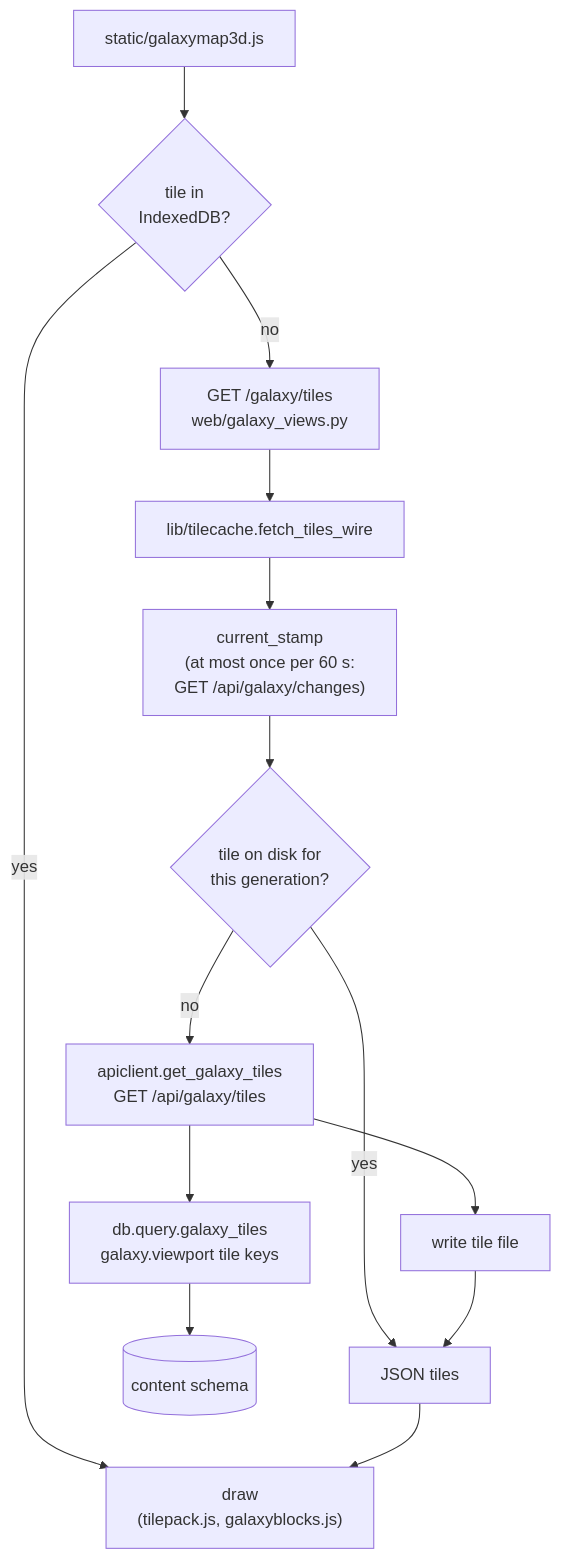
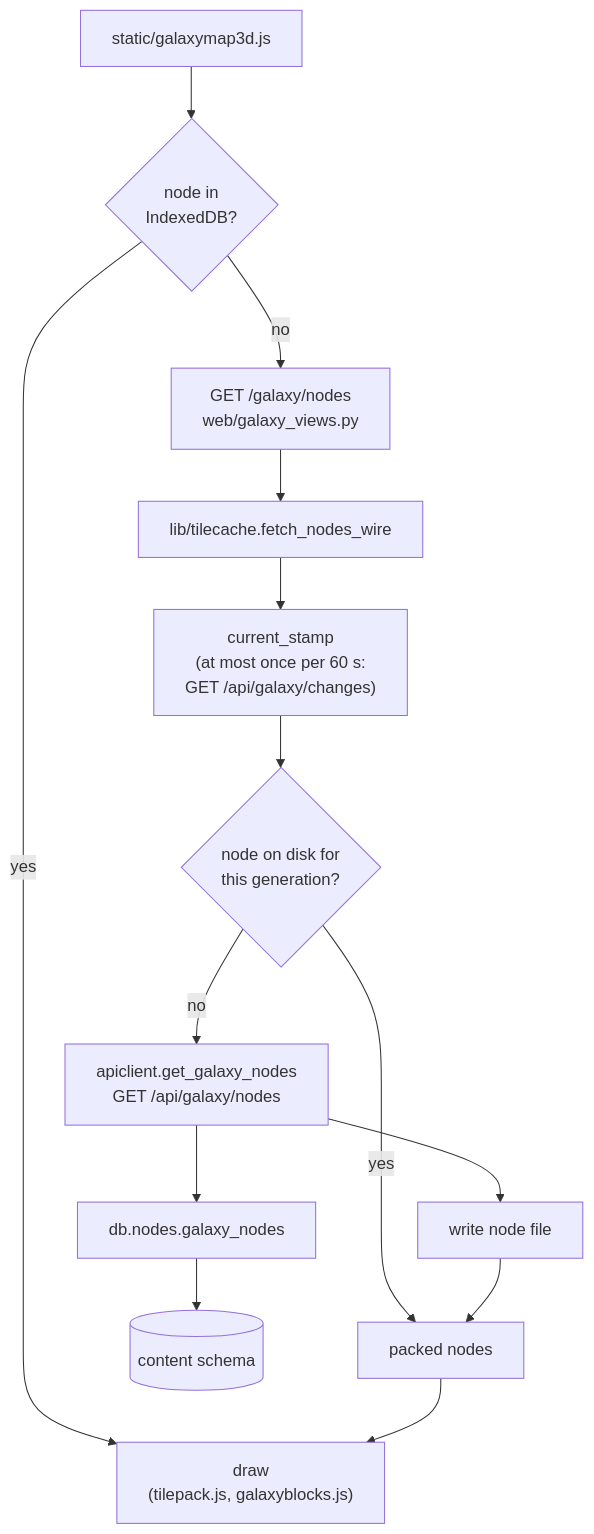
The sixth of 8 diagrams in docs/design/architecture/architecture.md (dwhagar/planetGen), drawn with Mermaid before and after one commit. The commit also changed other lines of this file and 112 other files, not shown here.

First line of the commit message:
MAP.261, MAP.262: the map draws sector-block nodes by projected size and the cube tiles are retired (API version 8)

````diff
--- a/docs/design/architecture/architecture.md
+++ b/docs/design/architecture/architecture.md
@@ -956,16 +959,16 @@
 ```mermaid
 flowchart TD
-    JS["static/galaxymap3d.js"] --> LS{"tile in<br/>IndexedDB?"}
+    JS["static/galaxymap3d.js"] --> LS{"node in<br/>IndexedDB?"}
     LS -->|"yes"| Draw["draw<br/>(tilepack.js, galaxyblocks.js)"]
-    LS -->|"no"| GT["GET /galaxy/tiles<br/>web/galaxy_views.py"]
-    GT --> TC["lib/tilecache.fetch_tiles_wire"]
+    LS -->|"no"| GT["GET /galaxy/nodes<br/>web/galaxy_views.py"]
+    GT --> TC["lib/tilecache.fetch_nodes_wire"]
     TC --> Stamp["current_stamp<br/>(at most once per 60 s:<br/>GET /api/galaxy/changes)"]
-    Stamp --> Disk{"tile on disk for<br/>this generation?"}
-    Disk -->|"yes"| Out["JSON tiles"]
-    Disk -->|"no"| API["apiclient.get_galaxy_tiles<br/>GET /api/galaxy/tiles"]
-    API --> QT["db.query.galaxy_tiles<br/>galaxy.viewport tile keys"]
+    Stamp --> Disk{"node on disk for<br/>this generation?"}
+    Disk -->|"yes"| Out["packed nodes"]
+    Disk -->|"no"| API["apiclient.get_galaxy_nodes<br/>GET /api/galaxy/nodes"]
+    API --> QT["db.nodes.galaxy_nodes"]
     QT --> DB[("content schema")]
-    API --> Write["write tile file"]
+    API --> Write["write node file"]
     Write --> Out
     Out --> Draw
 ```
````
